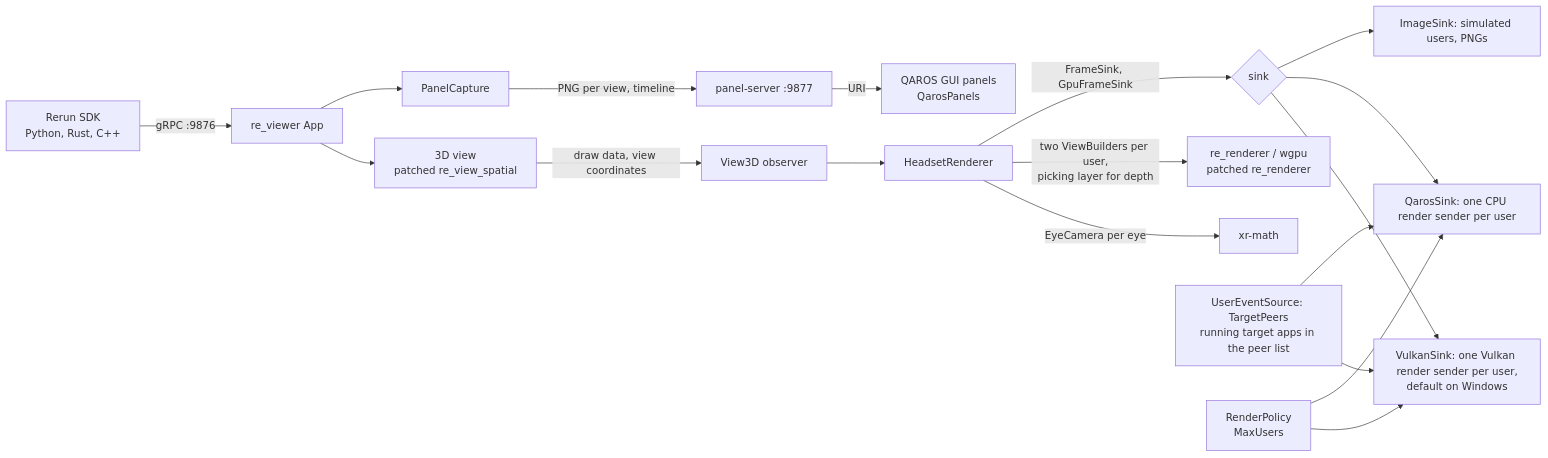
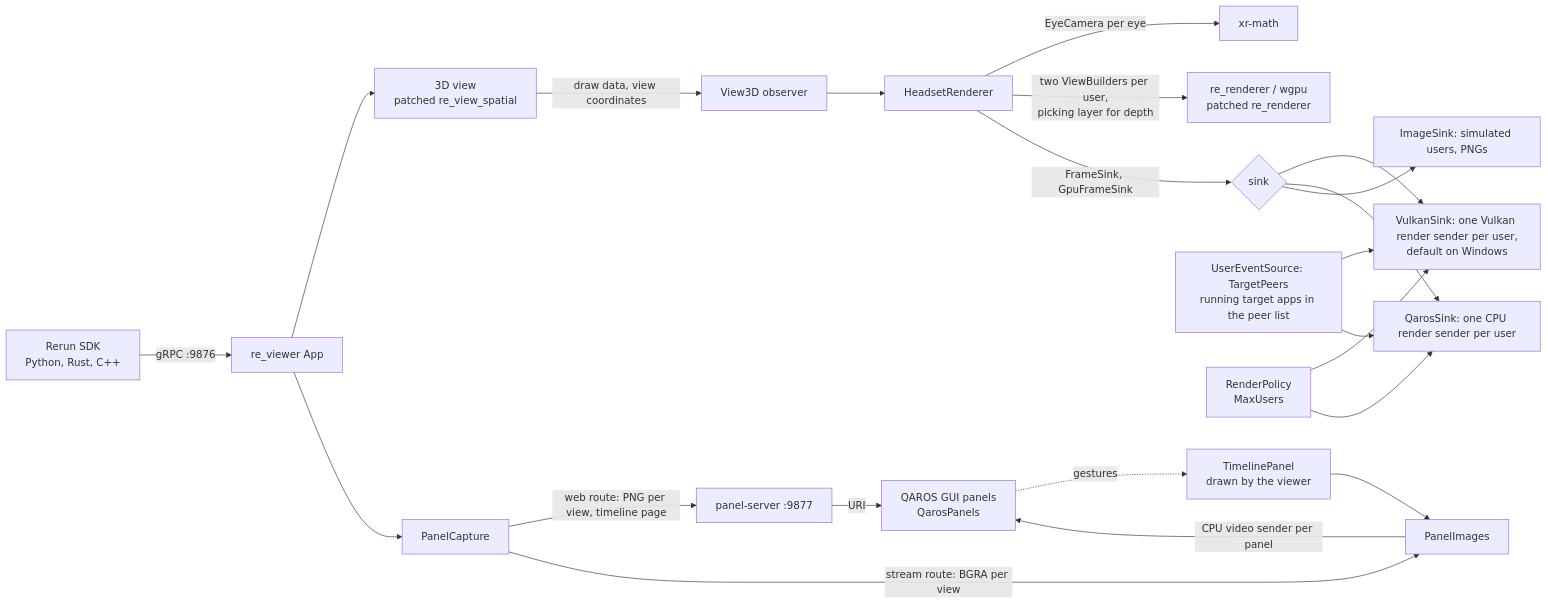
The diagram in README.md (Quaternar/qaros-rerun), drawn with Mermaid before and after one commit. The commit also changed other lines of this file and 32 other files, not shown here.

First line of the commit message:
feat: stream panels and an egui timeline as qaros video streams

````diff
--- a/README.md
+++ b/README.md
@@ -66,20 +67,24 @@
 ```mermaid
 flowchart LR
     sdk[Rerun SDK<br/>Python, Rust, C++] -->|gRPC :9876| viewer[re_viewer App]
     viewer --> view3d[3D view<br/>patched re_view_spatial]
     view3d -->|draw data, view coordinates| observer[View3D observer]
     observer --> headset[HeadsetRenderer]
     headset -->|EyeCamera per eye| xr[xr-math]
     headset -->|two ViewBuilders per user,<br/>picking layer for depth| gpu[re_renderer / wgpu<br/>patched re_renderer]
     headset -->|FrameSink, GpuFrameSink| sink{sink}
     sink --> vulkan[VulkanSink: one Vulkan render sender per user,<br/>default on Windows]
     sink --> qaros[QarosSink: one CPU render sender per user]
     sink --> image[ImageSink: simulated users, PNGs]
     events[UserEventSource: TargetPeers<br/>running target apps in the peer list] --> vulkan
     events --> qaros
     policy[RenderPolicy<br/>MaxUsers] --> vulkan
     policy --> qaros
     viewer --> capture[PanelCapture]
-    capture -->|PNG per view, timeline| panels[panel-server :9877]
+    capture -->|web route: PNG per view, timeline page| panels[panel-server :9877]
     panels -->|URI| guipanel[QAROS GUI panels<br/>QarosPanels]
+    capture -->|stream route: BGRA per view| images[PanelImages]
+    timeline[TimelinePanel<br/>drawn by the viewer] --> images
+    images -->|CPU video sender per panel| guipanel
+    guipanel -.->|gestures| timeline
 ```
````
